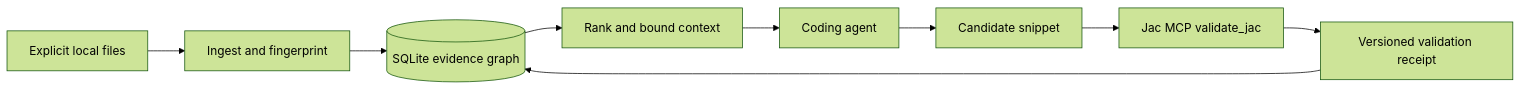
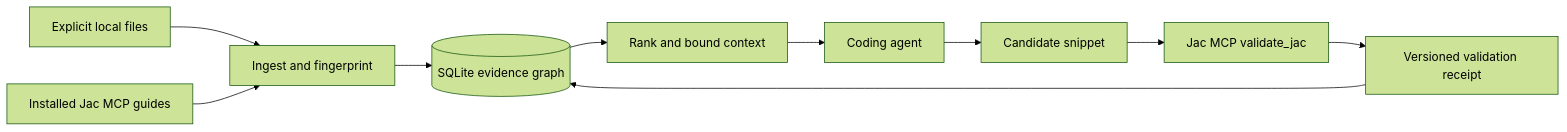
One commit to CosmonautJones/jacbrain changed the diagram in docs/ARCHITECTURE.md. Above: the diagram before and after it, drawn with Mermaid (forest theme). The commit also changed other lines of this file and 35 other files, not shown here.

````diff
--- a/docs/ARCHITECTURE.md
+++ b/docs/ARCHITECTURE.md
@@ -17,11 +17,12 @@
 ```mermaid
 flowchart LR
   A[Explicit local files] --> B[Ingest and fingerprint]
+  I[Installed Jac MCP guides] --> B
   B --> C[(SQLite evidence graph)]
   C --> D[Rank and bound context]
   D --> E[Coding agent]
   E --> F[Candidate snippet]
   F --> G[Jac MCP validate_jac]
   G --> H[Versioned validation receipt]
   H --> C
 ```
````
